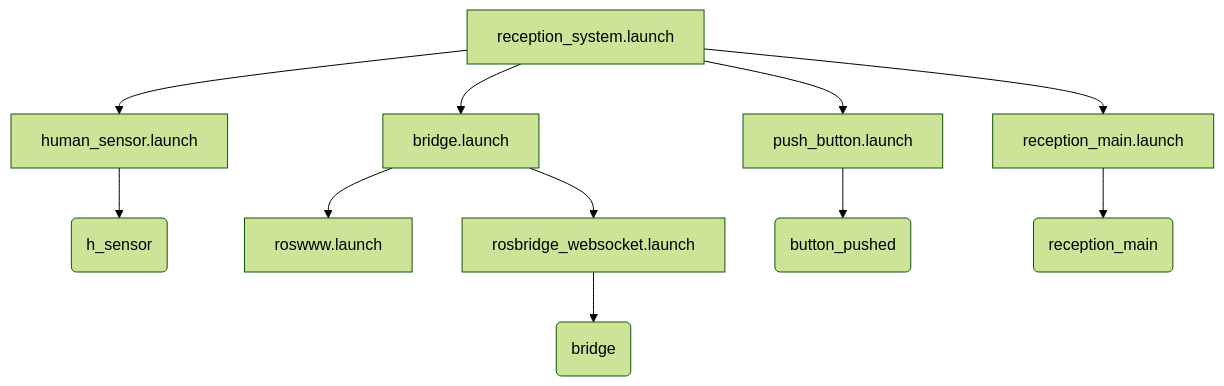
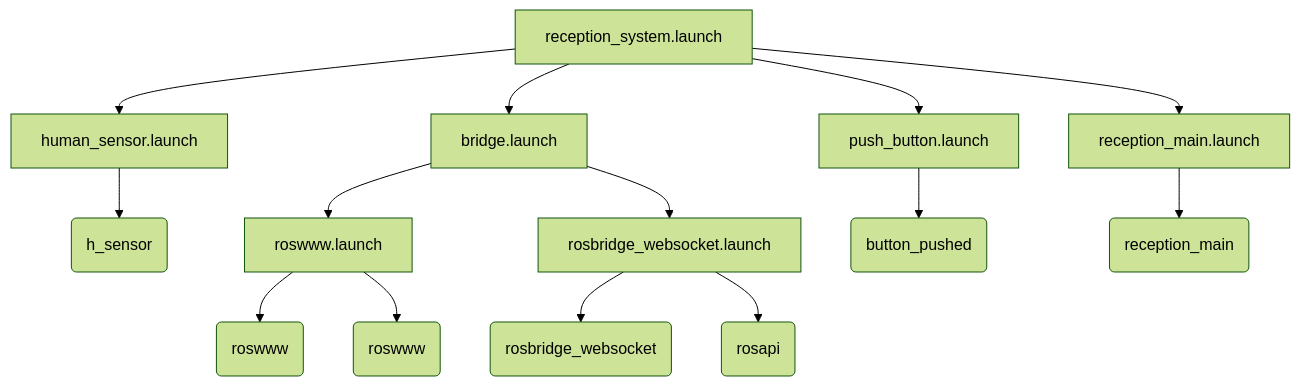
Before and after one commit to kanpapa/reception_system: the diagram in README.md, drawn with Mermaid (forest theme).

Commit message:
Updated diagram

````diff
--- a/README.md
+++ b/README.md
@@ -7,13 +7,16 @@
 ```mermaid
 graph TD
     A[reception_system.launch] --> B[human_sensor.launch]
     A --> C[bridge.launch]
     A --> D[push_button.launch]
     A --> E[reception_main.launch]
     B --> F(h_sensor)
     C --> G[roswww.launch]
+    G --> G1(roswww)
     C --> H[rosbridge_websocket.launch]
-    H --> I(bridge)
+    H --> I(rosbridge_websocket)
+    H --> I1(rosapi)
     D --> J(button_pushed)
     E --> K(reception_main)
+    G --> L(roswww)
 ```
````
